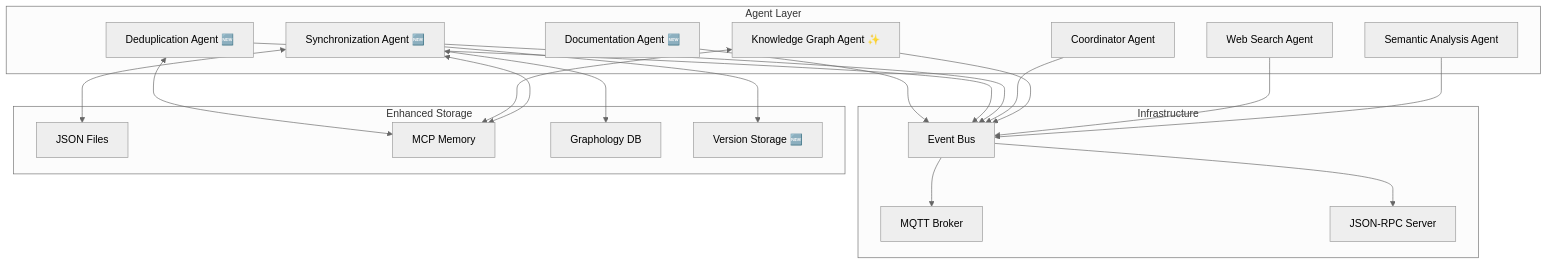
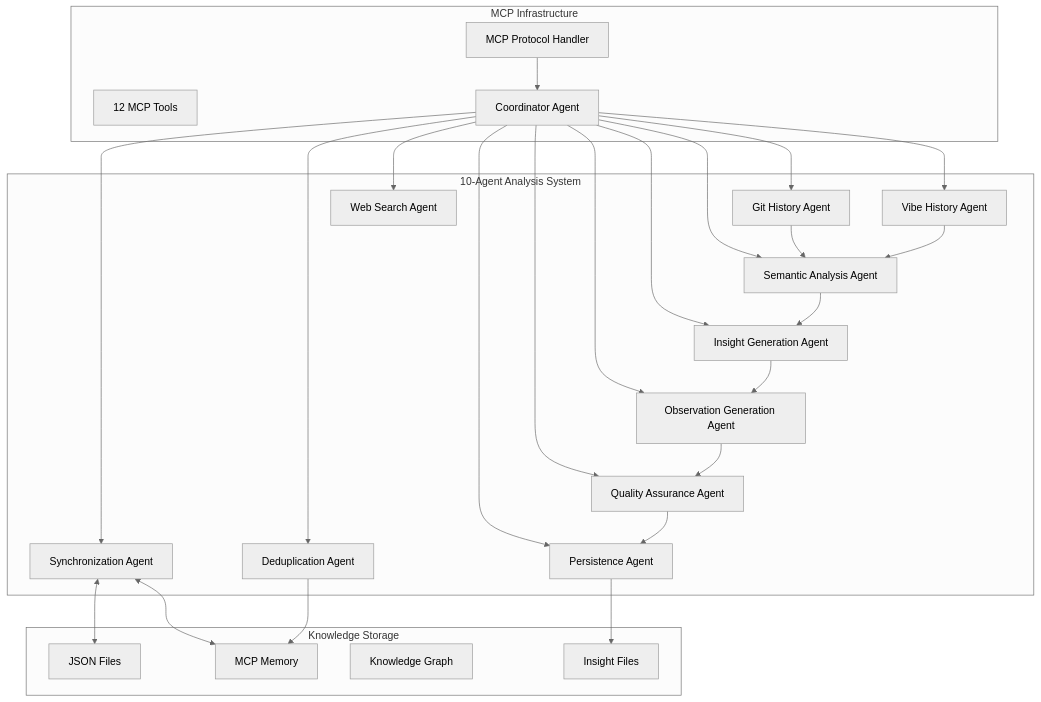
Before and after one commit to davidraehles/agentic-coding-framework: the diagram in docs/components/semantic-analysis/README.md, drawn with Mermaid (neutral theme). The commit also changed other lines of this file and 8 other files, not shown here.

Commit message:
docs: updated (now 11-agent system)

````diff
--- a/docs/components/semantic-analysis/README.md
+++ b/docs/components/semantic-analysis/README.md
@@ -41,44 +41,52 @@
 ```mermaid
 graph TB
-    subgraph "Agent Layer"
+    subgraph "10-Agent Analysis System"
+        GH[Git History Agent]
+        VH[Vibe History Agent]  
         SA[Semantic Analysis Agent]
         WS[Web Search Agent]
-        KG[Knowledge Graph Agent ✨]
-        CO[Coordinator Agent]
-        SY[Synchronization Agent 🆕]
-        DD[Deduplication Agent 🆕]
-        DA[Documentation Agent 🆕]
+        IG[Insight Generation Agent]
+        OG[Observation Generation Agent]
+        QA[Quality Assurance Agent]
+        PA[Persistence Agent]
+        SY[Synchronization Agent]
+        DD[Deduplication Agent]
     end
     
-    subgraph "Infrastructure"
-        MQTT[MQTT Broker]
-        RPC[JSON-RPC Server]
-        EB[Event Bus]
+    subgraph "MCP Infrastructure"
+        MCP[MCP Protocol Handler]
+        TOOLS[12 MCP Tools]
+        COORD[Coordinator Agent]
     end
     
-    subgraph "Enhanced Storage"
+    subgraph "Knowledge Storage"
         JSON[JSON Files]
-        MCP[MCP Memory]
-        GDB[Graphology DB]
-        VER[Version Storage 🆕]
+        MEMORY[MCP Memory]
+        GRAPH[Knowledge Graph]
+        INSIGHTS[Insight Files]
     end
     
-    SA --> EB
-    WS --> EB
-    KG --> EB
-    CO --> EB
-    SY --> EB
-    DD --> EB
-    DA --> EB
-    
-    EB --> MQTT
-    EB --> RPC
+    MCP --> COORD
+    COORD --> GH
+    COORD --> VH
+    COORD --> SA
+    COORD --> WS
+    COORD --> IG
+    COORD --> OG
+    COORD --> QA
+    COORD --> PA
+    COORD --> SY
+    COORD --> DD
     
     SY <--> JSON
-    SY <--> MCP  
-    SY <--> GDB
-    SY --> VER
+    SY <--> MEMORY  
+    PA --> INSIGHTS
+    DD --> MEMORY
     
-    KG <--> MCP
-    DD <--> MCP
+    GH --> SA
+    VH --> SA
+    SA --> IG
+    IG --> OG
+    OG --> QA
+    QA --> PA
 ```
````
